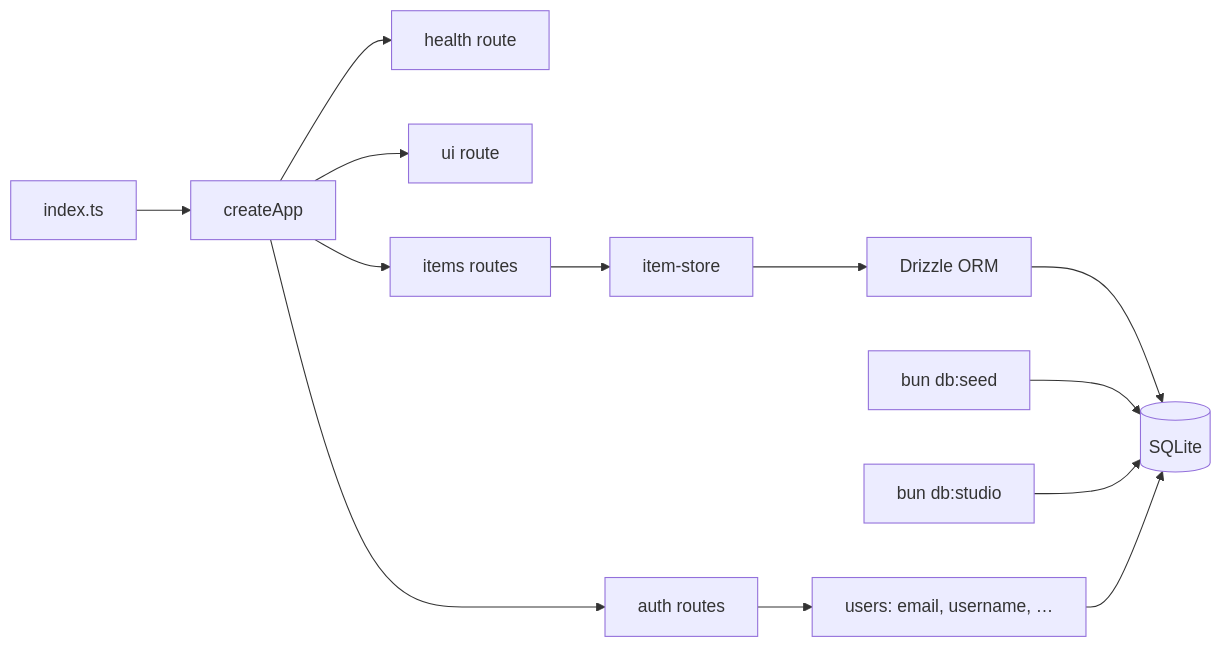
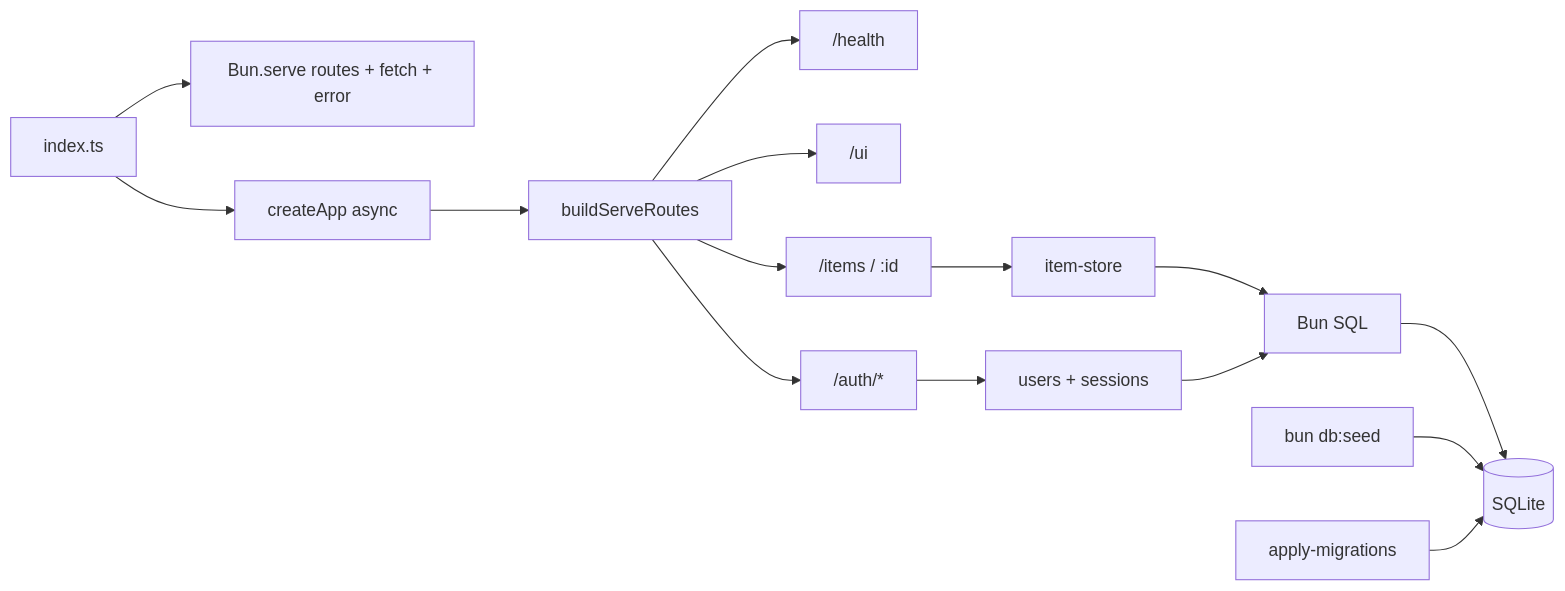
Before and after one commit to streamwhite/corymb: the first of 7 diagrams in features-logs/hono-server-crud.md, drawn with Mermaid. The commit also changed other lines of this file and 49 other files, not shown here.

First line of the commit message:
feat: replace Hono/Drizzle with Bun SQL and native routes

````diff
--- a/features-logs/hono-server-crud.md
+++ b/features-logs/hono-server-crud.md
@@ -5,15 +5,17 @@
 ```mermaid
 flowchart LR
-  A[index.ts] --> B[createApp]
-  B --> C[health route]
-  B --> U[ui route]
-  B --> D[auth routes]
-  B --> E[items routes]
+  A[index.ts] --> S[Bun.serve routes + fetch + error]
+  A --> B[createApp async]
+  B --> R[buildServeRoutes]
+  R --> C["/health"]
+  R --> U["/ui"]
+  R --> D["/auth/*"]
+  R --> E["/items / :id"]
   E --> F[item-store]
-  F --> G[Drizzle ORM]
+  F --> G[Bun SQL]
   G --> H[(SQLite)]
   I[bun db:seed] --> H
-  J[bun db:studio] --> H
-  D --> UU["users: email, username, …"]
-  UU --> H
+  M[apply-migrations] --> H
+  D --> UU["users + sessions"]
+  UU --> G
 ```
````
